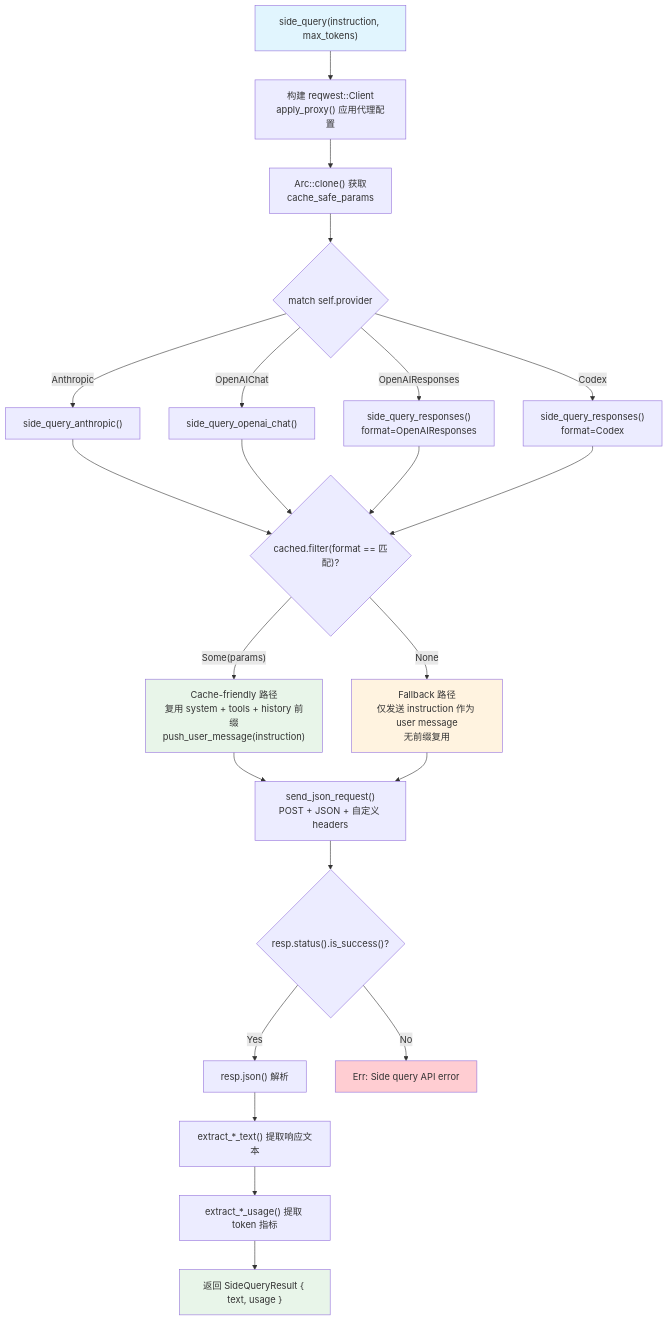
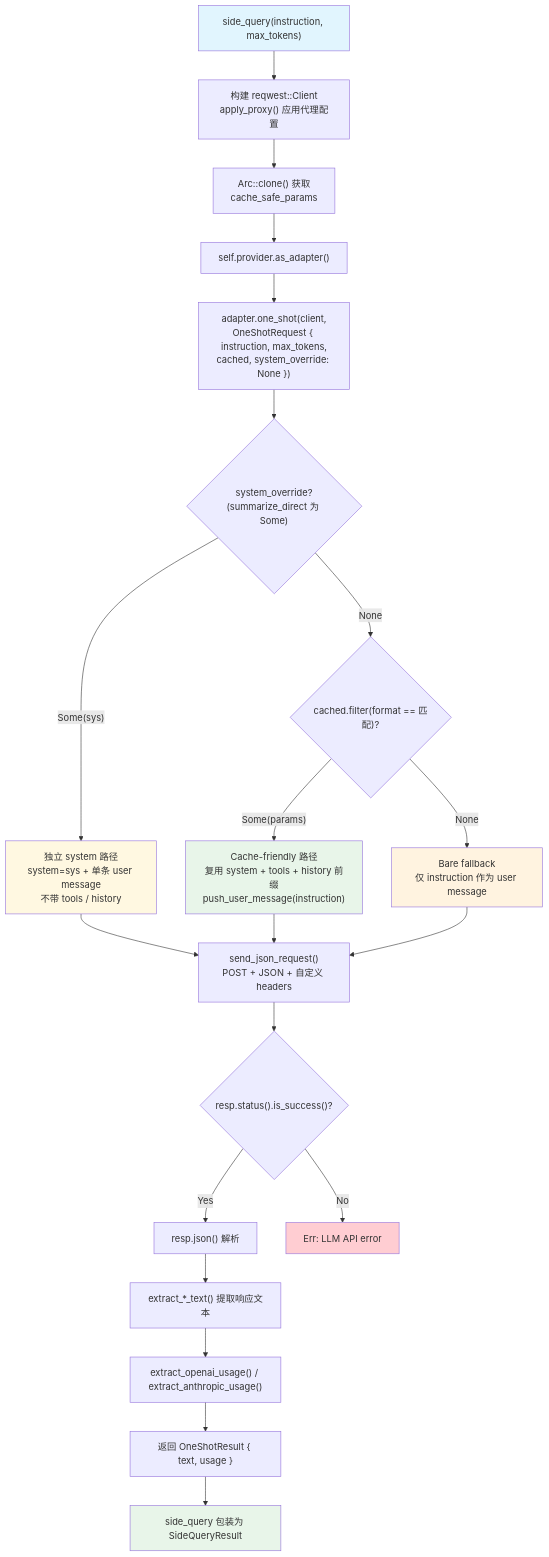
Before and after one commit to shiwenwen/hope-agent: the second of 2 diagrams in docs/architecture/side-query.md, drawn with Mermaid. The commit also changed other lines of this file and 6 other files, not shown here.

First line of the commit message:
refactor(agent): one-shot LLM 调用抽成 LlmApiAdapter trait

````diff
--- a/docs/architecture/side-query.md
+++ b/docs/architecture/side-query.md
@@ -50,34 +52,32 @@
 ```mermaid
 flowchart TD
     A["side_query(instruction, max_tokens)"] --> B["构建 reqwest::Client<br/>apply_proxy() 应用代理配置"]
     B --> C["Arc::clone() 获取<br/>cache_safe_params"]
-    C --> D{"match self.provider"}
+    C --> D["self.provider.as_adapter()"]
+    D --> E["adapter.one_shot(client,<br/>OneShotRequest { instruction, max_tokens,<br/>cached, system_override: None })"]
 
-    D -- "Anthropic" --> E["side_query_anthropic()"]
-    D -- "OpenAIChat" --> F["side_query_openai_chat()"]
-    D -- "OpenAIResponses" --> G["side_query_responses()<br/>format=OpenAIResponses"]
-    D -- "Codex" --> H["side_query_responses()<br/>format=Codex"]
+    E --> F{"system_override?<br/>(summarize_direct 为 Some)"}
+    F -- "Some(sys)" --> G["独立 system 路径<br/>system=sys + 单条 user message<br/>不带 tools / history"]
+    F -- "None" --> H{"cached.filter(format == 匹配)?"}
 
-    E --> I{"cached.filter(format == 匹配)?"}
-    F --> I
-    G --> I
-    H --> I
+    H -- "Some(params)" --> I["Cache-friendly 路径<br/>复用 system + tools + history 前缀<br/>push_user_message(instruction)"]
+    H -- "None" --> J["Bare fallback<br/>仅 instruction 作为 user message"]
 
-    I -- "Some(params)" --> J["Cache-friendly 路径<br/>复用 system + tools + history 前缀<br/>push_user_message(instruction)"]
-    I -- "None" --> K["Fallback 路径<br/>仅发送 instruction 作为 user message<br/>无前缀复用"]
-
-    J --> L["send_json_request()<br/>POST + JSON + 自定义 headers"]
-    K --> L
-    L --> M{"resp.status().is_success()?"}
-    M -- Yes --> N["resp.json() 解析"]
-    M -- No --> O["Err: Side query API error"]
-    N --> P["extract_*_text() 提取响应文本"]
-    P --> Q["extract_*_usage() 提取 token 指标"]
-    Q --> R["返回 SideQueryResult { text, usage }"]
+    G --> K["send_json_request()<br/>POST + JSON + 自定义 headers"]
+    I --> K
+    J --> K
+    K --> L{"resp.status().is_success()?"}
+    L -- Yes --> M["resp.json() 解析"]
+    L -- No --> N["Err: LLM API error"]
+    M --> O["extract_*_text() 提取响应文本"]
+    O --> P["extract_openai_usage() / extract_anthropic_usage()"]
+    P --> Q["返回 OneShotResult { text, usage }"]
+    Q --> R["side_query 包装为 SideQueryResult"]
 
     style A fill:#e1f5fe
-    style J fill:#e8f5e9
-    style K fill:#fff3e0
+    style G fill:#fff8e1
+    style I fill:#e8f5e9
+    style J fill:#fff3e0
     style R fill:#e8f5e9
-    style O fill:#ffcdd2
+    style N fill:#ffcdd2
 ```
````
